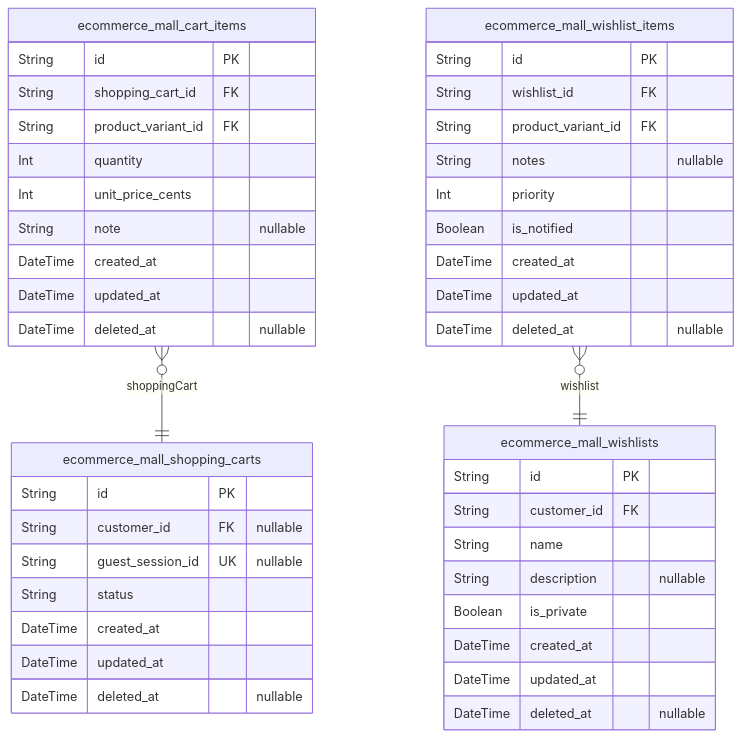
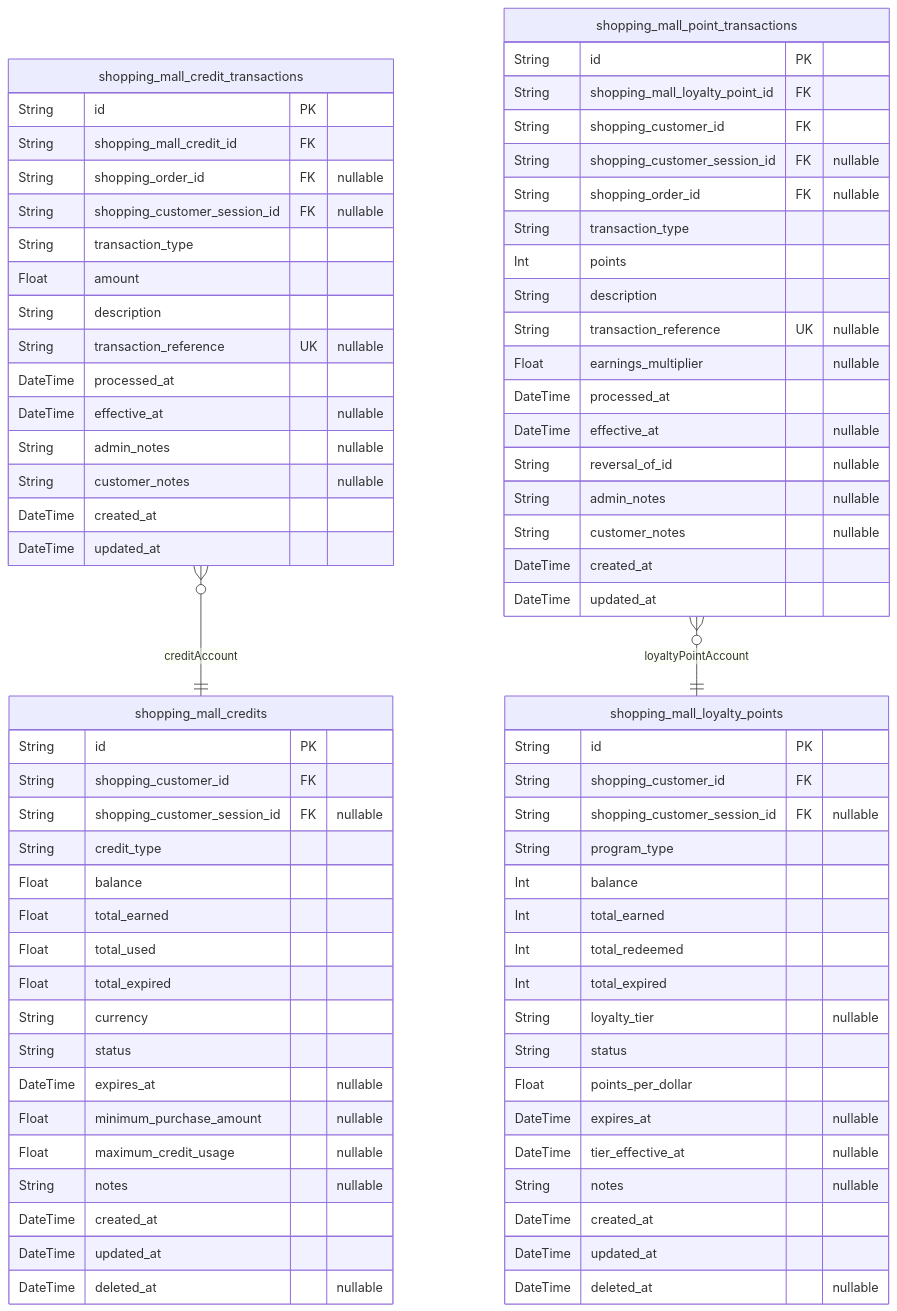
Before and after one commit to wrtnlabs/autobe-examples: the seventh of 12 diagrams in moonshotai/kimi-k2-0905-exacto/shopping/docs/ERD.md, drawn with Mermaid. The commit also changed other lines of this file and 7173 other files, not shown here.

````diff
--- a/moonshotai/kimi-k2-0905-exacto/shopping/docs/ERD.md
+++ b/moonshotai/kimi-k2-0905-exacto/shopping/docs/ERD.md
@@ -1581,46 +2531,78 @@
 ```mermaid
 erDiagram
-"ecommerce_mall_shopping_carts" {
+"shopping_mall_credits" {
   String id PK
-  String customer_id FK "nullable"
-  String guest_session_id UK "nullable"
+  String shopping_customer_id FK
+  String shopping_customer_session_id FK "nullable"
+  String credit_type
+  Float balance
+  Float total_earned
+  Float total_used
+  Float total_expired
+  String currency
   String status
+  DateTime expires_at "nullable"
+  Float minimum_purchase_amount "nullable"
+  Float maximum_credit_usage "nullable"
+  String notes "nullable"
   DateTime created_at
   DateTime updated_at
   DateTime deleted_at "nullable"
 }
-"ecommerce_mall_cart_items" {
+"shopping_mall_credit_transactions" {
   String id PK
-  String shopping_cart_id FK
-  String product_variant_id FK
-  Int quantity
-  Int unit_price_cents
-  String note "nullable"
+  String shopping_mall_credit_id FK
+  String shopping_order_id FK "nullable"
+  String shopping_customer_session_id FK "nullable"
+  String transaction_type
+  Float amount
+  String description
+  String transaction_reference UK "nullable"
+  DateTime processed_at
+  DateTime effective_at "nullable"
+  String admin_notes "nullable"
+  String customer_notes "nullable"
+  DateTime created_at
+  DateTime updated_at
+}
+"shopping_mall_loyalty_points" {
+  String id PK
+  String shopping_customer_id FK
+  String shopping_customer_session_id FK "nullable"
+  String program_type
+  Int balance
+  Int total_earned
+  Int total_redeemed
+  Int total_expired
+  String loyalty_tier "nullable"
+  String status
+  Float points_per_dollar
+  DateTime expires_at "nullable"
+  DateTime tier_effective_at "nullable"
+  String notes "nullable"
   DateTime created_at
   DateTime updated_at
   DateTime deleted_at "nullable"
 }
-"ecommerce_mall_wishlists" {
+"shopping_mall_point_transactions" {
   String id PK
-  String customer_id FK
-  String name
-  String description "nullable"
-  Boolean is_private
+  String shopping_mall_loyalty_point_id FK
+  String shopping_customer_id FK
+  String shopping_customer_session_id FK "nullable"
+  String shopping_order_id FK "nullable"
+  String transaction_type
+  Int points
+  String description
+  String transaction_reference UK "nullable"
+  Float earnings_multiplier "nullable"
+  DateTime processed_at
+  DateTime effective_at "nullable"
+  String reversal_of_id "nullable"
+  String admin_notes "nullable"
+  String customer_notes "nullable"
   DateTime created_at
   DateTime updated_at
-  DateTime deleted_at "nullable"
 }
-"ecommerce_mall_wishlist_items" {
-  String id PK
-  String wishlist_id FK
-  String product_variant_id FK
-  String notes "nullable"
-  Int priority
-  Boolean is_notified
-  DateTime created_at
-  DateTime updated_at
-  DateTime deleted_at "nullable"
-}
-"ecommerce_mall_cart_items" }o--|| "ecommerce_mall_shopping_carts" : shoppingCart
-"ecommerce_mall_wishlist_items" }o--|| "ecommerce_mall_wishlists" : wishlist
+"shopping_mall_credit_transactions" }o--|| "shopping_mall_credits" : creditAccount
+"shopping_mall_point_transactions" }o--|| "shopping_mall_loyalty_points" : loyaltyPointAccount
 ```
````
